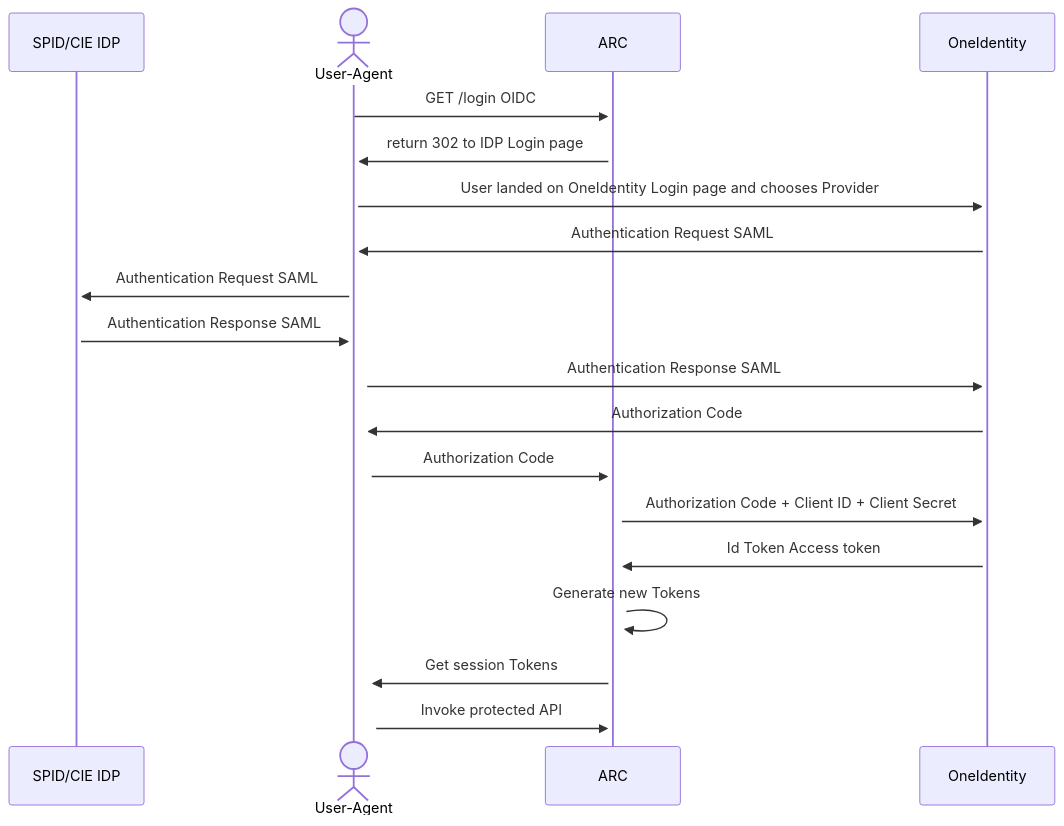
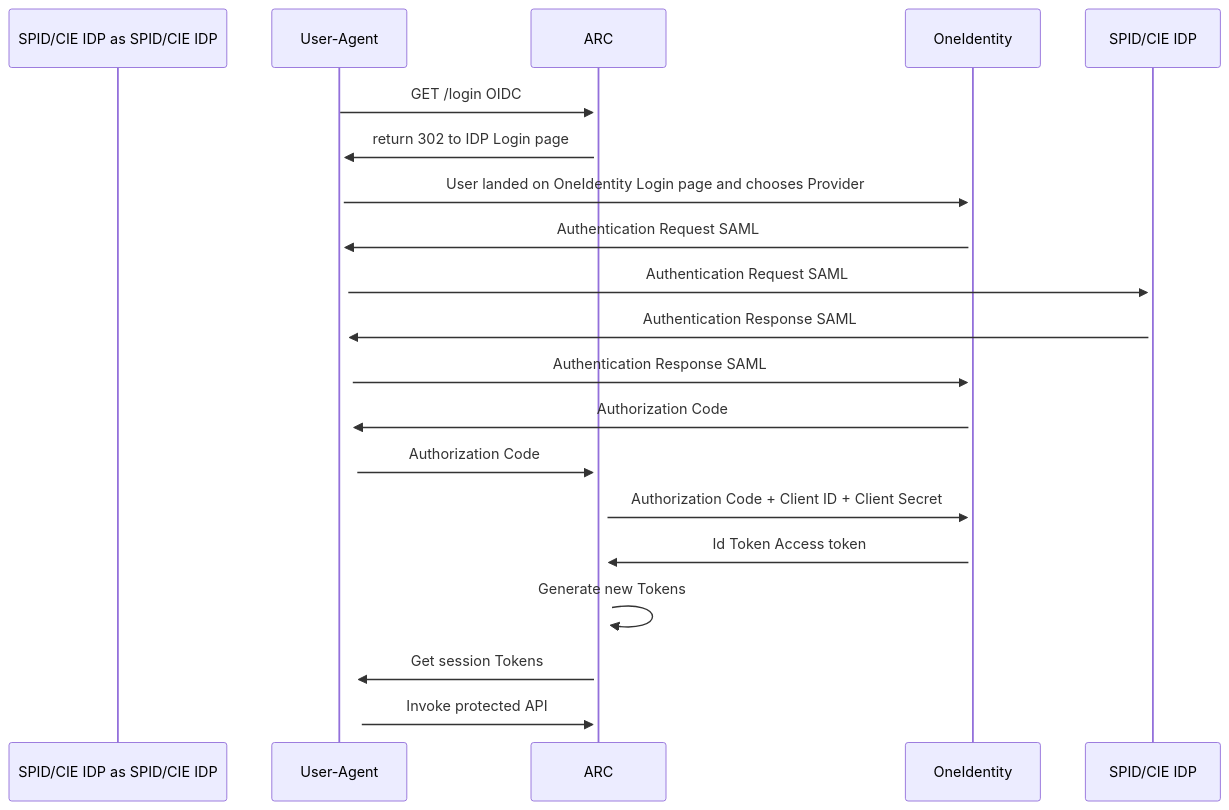
One commit to pagopa/p4pa-doc changed the diagram in design/arc/oneidentity-integration/sequence_diagram_authentication.mmd. Above: the diagram before and after it, drawn with Mermaid. The commit also changed 5 other files, not shown here.

Commit message:
P4PU-171 updated sequence with user agent as partecipant not actor

```diff
--- a/design/arc/oneidentity-integration/sequence_diagram_authentication.mmd
+++ b/design/arc/oneidentity-integration/sequence_diagram_authentication.mmd
@@ -1,21 +1,21 @@
 sequenceDiagram
-    participant SPID/CIE IDP
-    actor User-Agent
-    participant ARC
-    participant OneIdentity
+    participant SPID/CIE IDP as SPID/CIE IDP
+    participant User-Agent as User-Agent
+    participant ARC as ARC
+    participant OneIdentity as OneIdentity
 
 
     User-Agent ->>+ ARC: GET /login OIDC
     ARC ->>+ User-Agent: return 302 to IDP Login page
     User-Agent ->>+ OneIdentity: User landed on OneIdentity Login page and chooses Provider
     OneIdentity ->>+ User-Agent: Authentication Request SAML
     User-Agent ->>+ SPID/CIE IDP: Authentication Request SAML
     SPID/CIE IDP ->>+ User-Agent: Authentication Response SAML
     User-Agent ->>+ OneIdentity: Authentication Response SAML
     OneIdentity ->>+ User-Agent: Authorization Code
     User-Agent ->>+ ARC: Authorization Code
     ARC ->>+ OneIdentity: Authorization Code + Client ID + Client Secret
     OneIdentity ->>+ ARC: Id Token Access token
     ARC ->> ARC: Generate new Tokens
     ARC ->>+ User-Agent: Get session Tokens
     User-Agent ->>+ ARC: Invoke protected API
```
